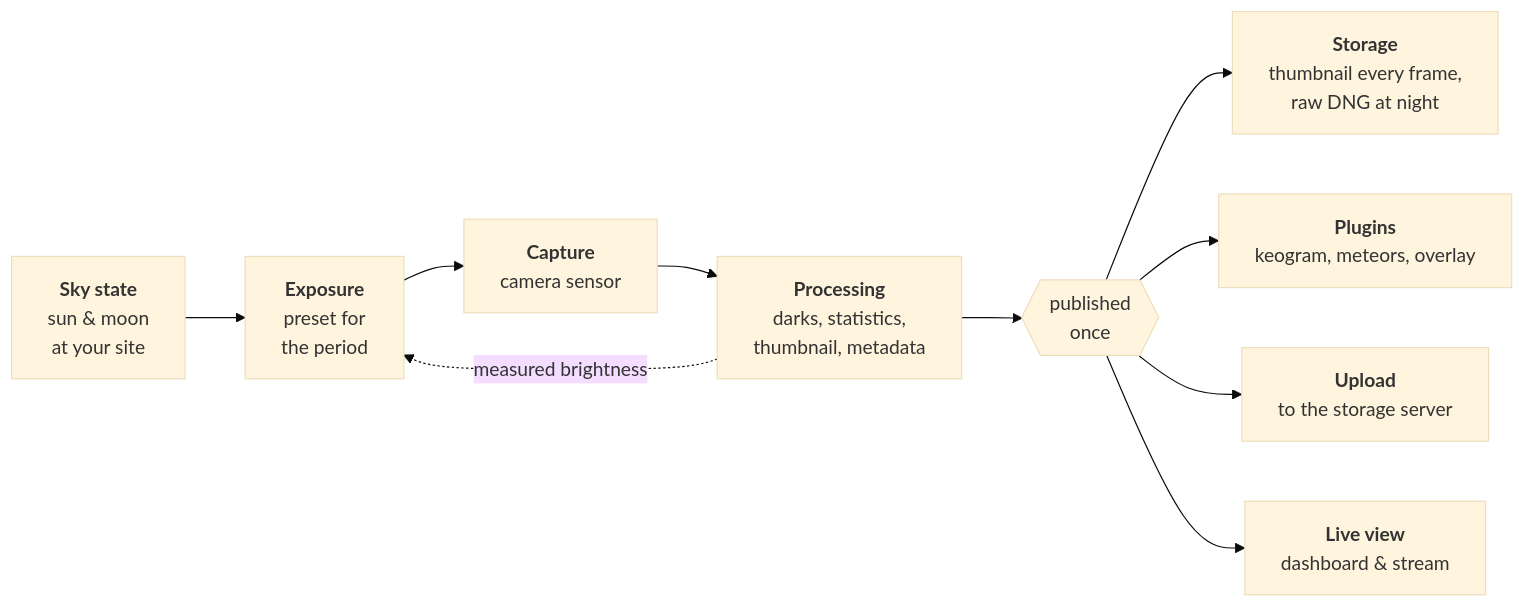
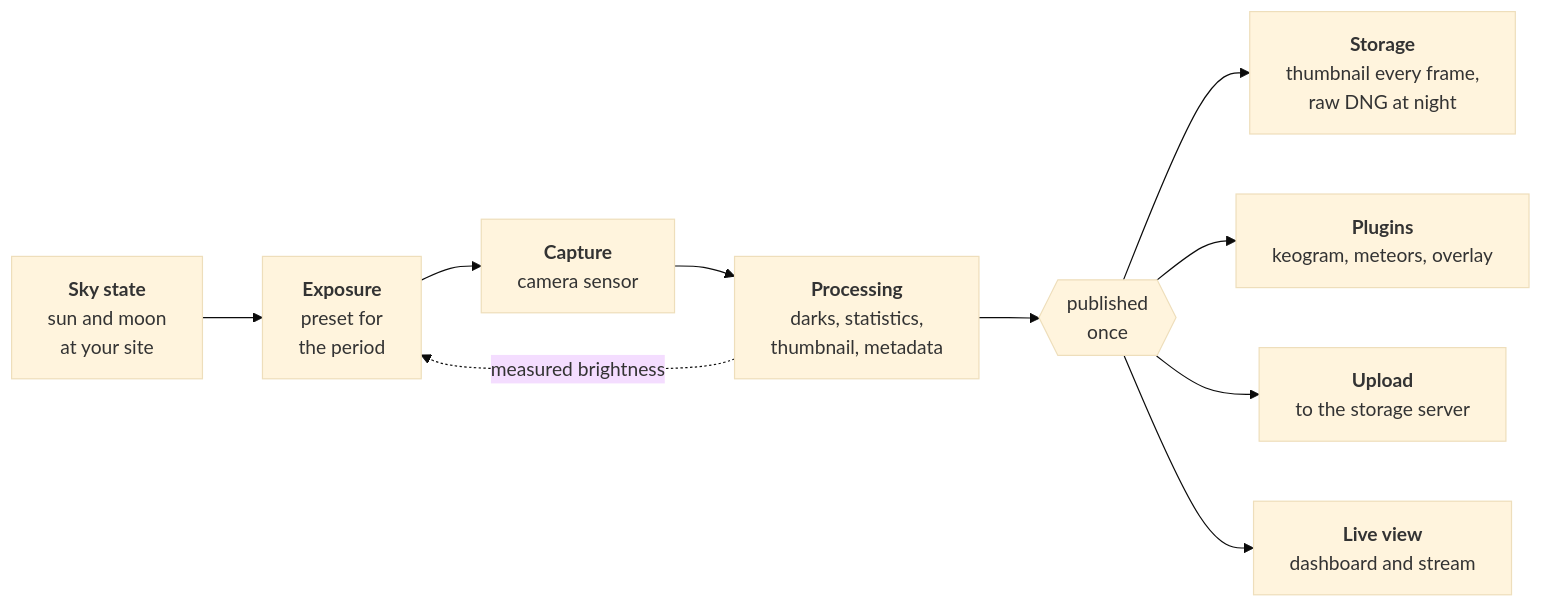
The diagram in docs/_diagrams/frame-pipeline.md (roman-dvorak/caelum), drawn with Mermaid (base theme) before and after one commit. The commit also changed 9 other files, not shown here.

Commit message:
Docs: AMASC01 page with product and documentation buttons, Features, eclipse and aurora videos; link to AMASC01 in Getting started; ASCII-only diagrams

````diff
--- a/docs/_diagrams/frame-pipeline.md
+++ b/docs/_diagrams/frame-pipeline.md
@@ -1,15 +1,15 @@
 ```mermaid
 flowchart LR
-  sky["<b>Sky state</b><br/>sun & moon<br/>at your site"] --> exp["<b>Exposure</b><br/>preset for<br/>the period"]
+  sky["<b>Sky state</b><br/>sun and moon<br/>at your site"] --> exp["<b>Exposure</b><br/>preset for<br/>the period"]
   exp --> cap["<b>Capture</b><br/>camera sensor"]
   cap --> proc["<b>Processing</b><br/>darks, statistics,<br/>thumbnail, metadata"]
   proc -. "measured brightness" .-> exp
   proc --> pub{{"published<br/>once"}}
   pub --> st["<b>Storage</b><br/>thumbnail every frame,<br/>raw DNG at night"]
   pub --> pl["<b>Plugins</b><br/>keogram, meteors, overlay"]
   pub --> up["<b>Upload</b><br/>to the storage server"]
-  pub --> live["<b>Live view</b><br/>dashboard & stream"]
+  pub --> live["<b>Live view</b><br/>dashboard and stream"]
 
   class exp accent
   class pub bus
 ```
````
